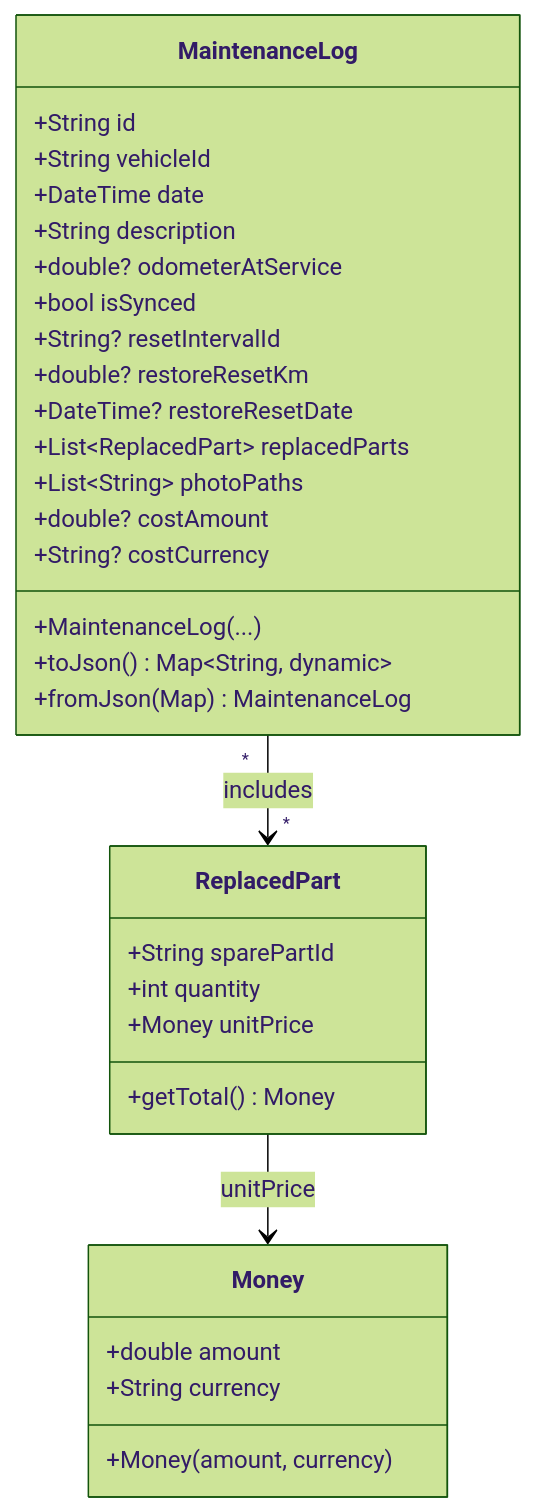
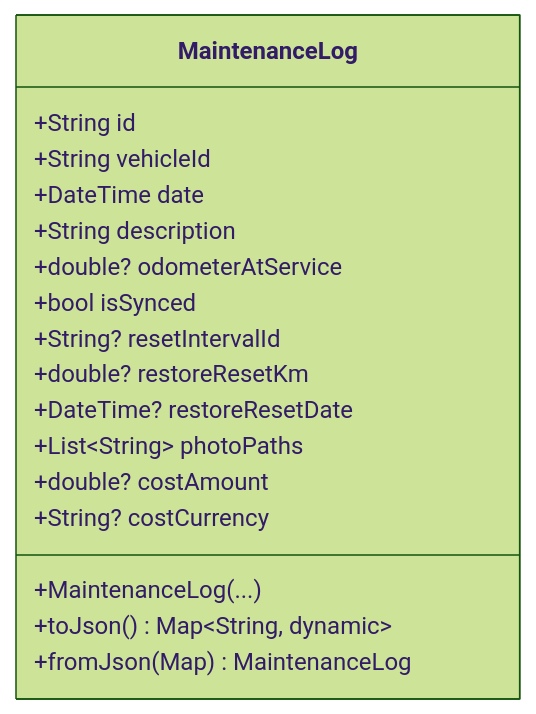
Before and after one commit to abrahdev/karter: the fourth of 13 diagrams in docs/docs/developer/mobile/app-architecture.md, drawn with Mermaid (forest theme). The commit also changed other lines of this file and 13 other files, not shown here.

First line of the commit message:
cleanup: remove unused spare parts catalog and Money value object

````diff
--- a/docs/docs/developer/mobile/app-architecture.md
+++ b/docs/docs/developer/mobile/app-architecture.md
@@ -140,37 +140,20 @@
 ```mermaid
 classDiagram
     class MaintenanceLog {
         +String id
         +String vehicleId
         +DateTime date
         +String description
         +double? odometerAtService
         +bool isSynced
         +String? resetIntervalId
         +double? restoreResetKm
         +DateTime? restoreResetDate
-        +List~ReplacedPart~ replacedParts
         +List~String~ photoPaths
         +double? costAmount
         +String? costCurrency
         +MaintenanceLog(...)
         +toJson() Map~String, dynamic~
         +fromJson(Map) MaintenanceLog
     }
-
-    class ReplacedPart {
-        +String sparePartId
-        +int quantity
-        +Money unitPrice
-        +getTotal() Money
-    }
-
-    class Money {
-        +double amount
-        +String currency
-        +Money(amount, currency)
-    }
-
-    MaintenanceLog "*" --> "*" ReplacedPart : includes
-    ReplacedPart --> Money : unitPrice
 ```
````
